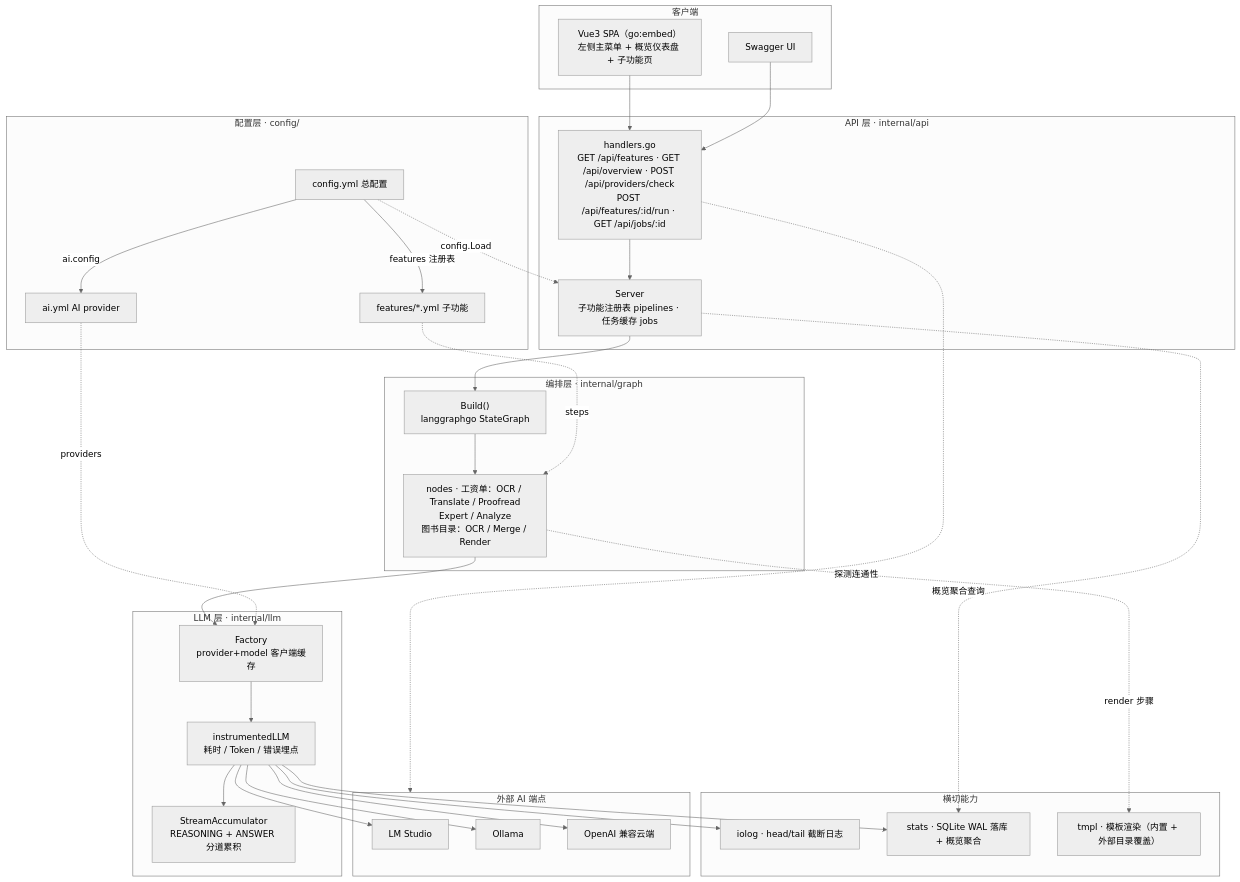
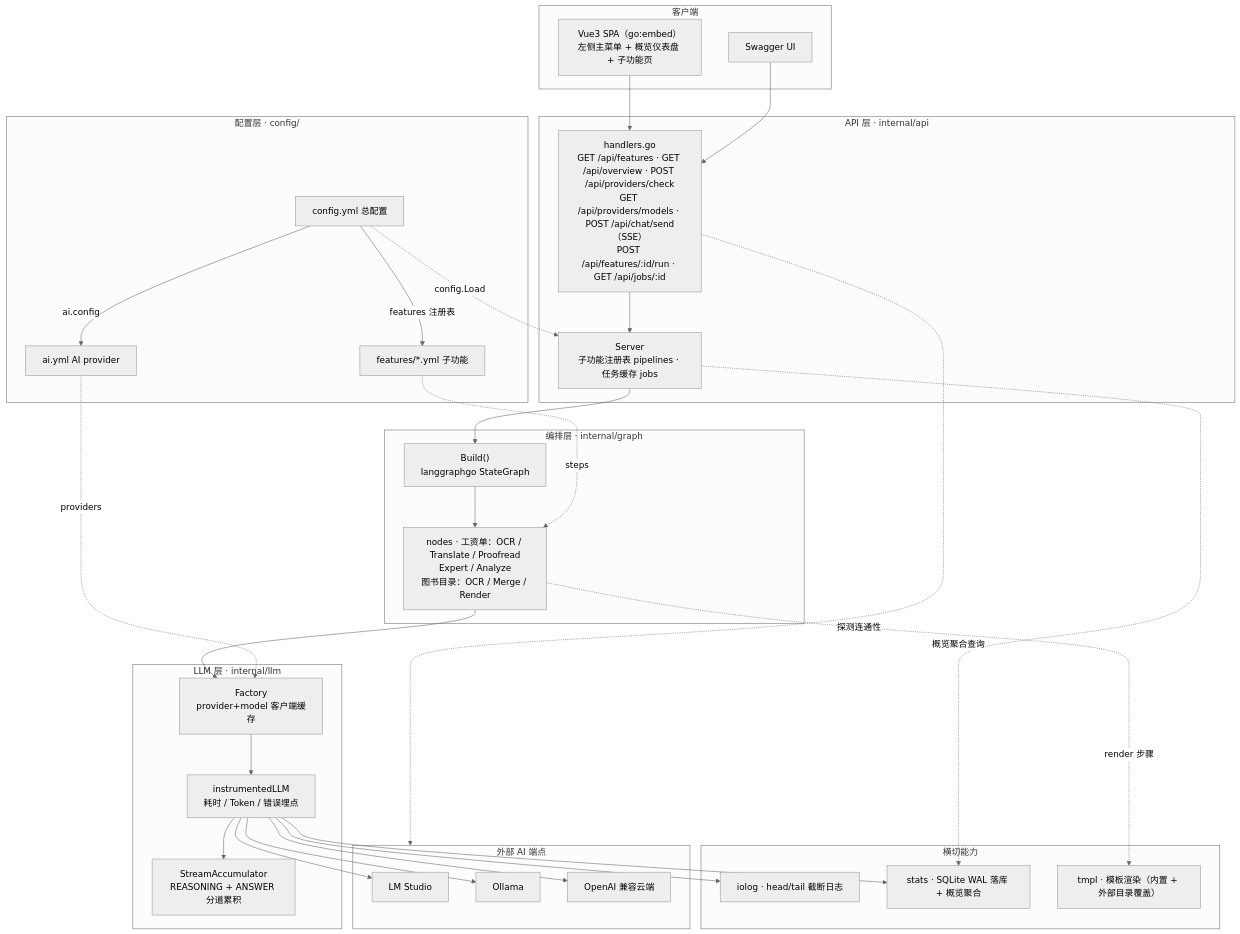
Before and after one commit to colin2wang/go-ai-agent: the third of 5 diagrams in README.md, drawn with Mermaid (neutral theme). The commit also changed other lines of this file and 21 other files, not shown here.

````diff
--- a/README.md
+++ b/README.md
@@ -178,63 +194,63 @@
 ```mermaid
 flowchart TB
     subgraph CLIENT["客户端"]
         UI["Vue3 SPA（go:embed）<br/>左侧主菜单 + 概览仪表盘 + 子功能页"]
         SWAGGER["Swagger UI"]
     end
 
     subgraph APPL["API 层 · internal/api"]
-        HANDLERS["handlers.go<br/>GET /api/features · GET /api/overview · POST /api/providers/check<br/>POST /api/features/:id/run · GET /api/jobs/:id"]
+        HANDLERS["handlers.go<br/>GET /api/features · GET /api/overview · POST /api/providers/check<br/>GET /api/providers/models · POST /api/chat/send（SSE）<br/>POST /api/features/:id/run · GET /api/jobs/:id"]
         SRV["Server<br/>子功能注册表 pipelines · 任务缓存 jobs"]
     end
 
     subgraph ORCH["编排层 · internal/graph"]
         BUILDER["Build()<br/>langgraphgo StateGraph"]
         NODE["nodes · 工资单：OCR / Translate / Proofread<br/>Expert / Analyze<br/>图书目录：OCR / Merge / Render"]
     end
 
     subgraph LLML["LLM 层 · internal/llm"]
         FACTORY["Factory<br/>provider+model 客户端缓存"]
         WRAP["instrumentedLLM<br/>耗时 / Token / 错误埋点"]
         ACC["StreamAccumulator<br/>REASONING + ANSWER 分道累积"]
     end
 
     subgraph CROSS["横切能力"]
         IOLOG["iolog · head/tail 截断日志"]
         STATS["stats · SQLite WAL 落库 + 概览聚合"]
         TPL["tmpl · 模板渲染（内置 + 外部目录覆盖）"]
     end
 
     subgraph CONF["配置层 · config/"]
         C1["config.yml 总配置"]
         C2["ai.yml AI provider"]
         C3["features/*.yml 子功能"]
     end
 
     subgraph PROVIDERS["外部 AI 端点"]
         LM["LM Studio"]
         OL["Ollama"]
         OA["OpenAI 兼容云端"]
     end
 
     UI --> HANDLERS
     SWAGGER --> HANDLERS
     HANDLERS --> SRV
     SRV --> BUILDER
     BUILDER --> NODE
     NODE --> FACTORY
     NODE -.->|render 步骤| TPL
     FACTORY --> WRAP
     WRAP --> ACC
     WRAP --> IOLOG
     WRAP --> STATS
     SRV -.->|概览聚合查询| STATS
     WRAP --> LM
     WRAP --> OL
     WRAP --> OA
     HANDLERS -.->|探测连通性| PROVIDERS
     C1 -->|ai.config| C2
     C1 -->|features 注册表| C3
     C1 -.->|config.Load| SRV
     C2 -.->|providers| FACTORY
     C3 -.->|steps| NODE
 ```
````
